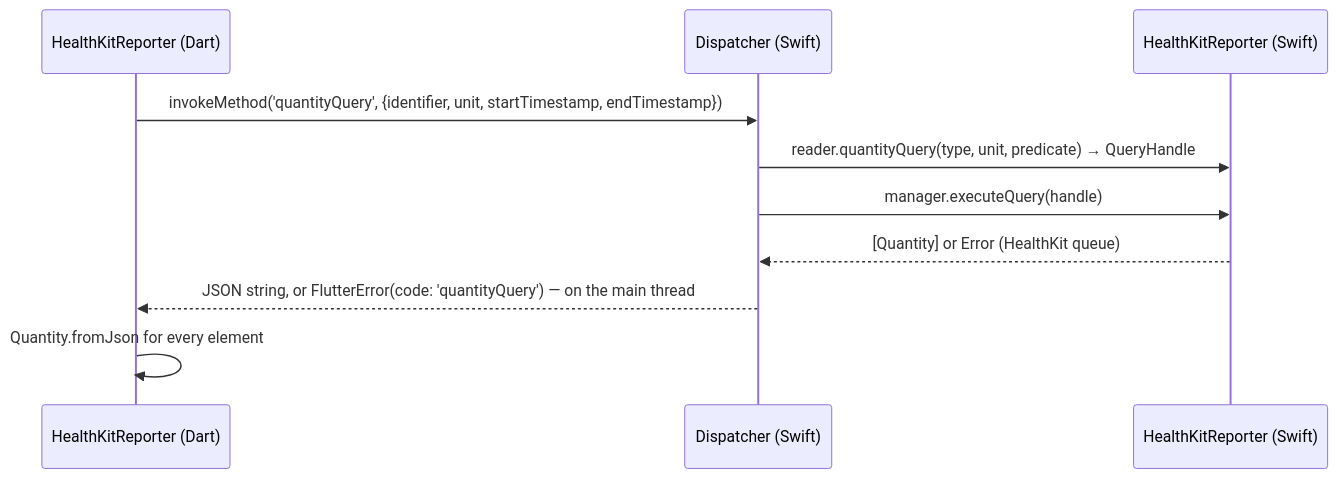
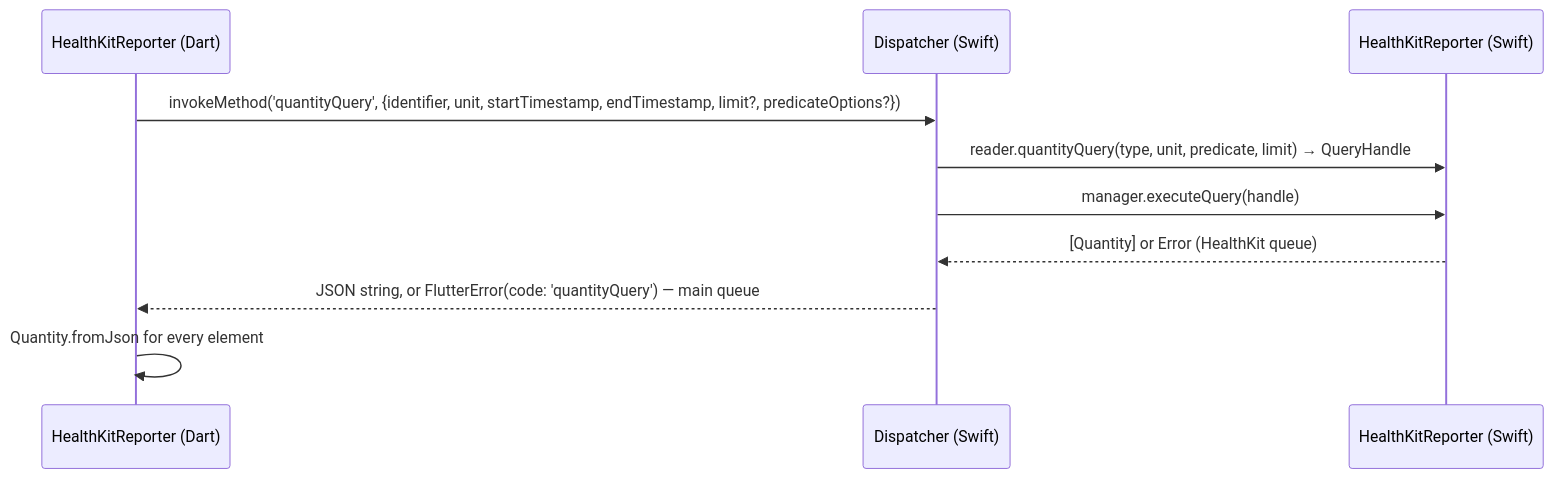
One commit to kvs-coder/health_kit_reporter changed the first of 3 diagrams in doc/arc42/06-runtime-view.md. Above: the diagram before and after it, drawn with Mermaid. The commit also changed other lines of this file and 15 other files, not shown here.

First line of the commit message:
docs(arc42): document the architecture in all twelve chapters

````diff
--- a/doc/arc42/06-runtime-view.md
+++ b/doc/arc42/06-runtime-view.md
@@ -5,12 +5,12 @@
 ```mermaid
 sequenceDiagram
     participant Dart as HealthKitReporter (Dart)
     participant Disp as Dispatcher (Swift)
     participant Lib as HealthKitReporter (Swift)
-    Dart->>Disp: invokeMethod('quantityQuery', {identifier, unit, startTimestamp, endTimestamp})
-    Disp->>Lib: reader.quantityQuery(type, unit, predicate) → QueryHandle
+    Dart->>Disp: invokeMethod('quantityQuery', {identifier, unit, startTimestamp, endTimestamp, limit?, predicateOptions?})
+    Disp->>Lib: reader.quantityQuery(type, unit, predicate, limit) → QueryHandle
     Disp->>Lib: manager.executeQuery(handle)
     Lib-->>Disp: [Quantity] or Error (HealthKit queue)
-    Disp-->>Dart: JSON string, or FlutterError(code: 'quantityQuery') — on the main thread
+    Disp-->>Dart: JSON string, or FlutterError(code: 'quantityQuery') — main queue
     Dart->>Dart: Quantity.fromJson for every element
 ```
````
